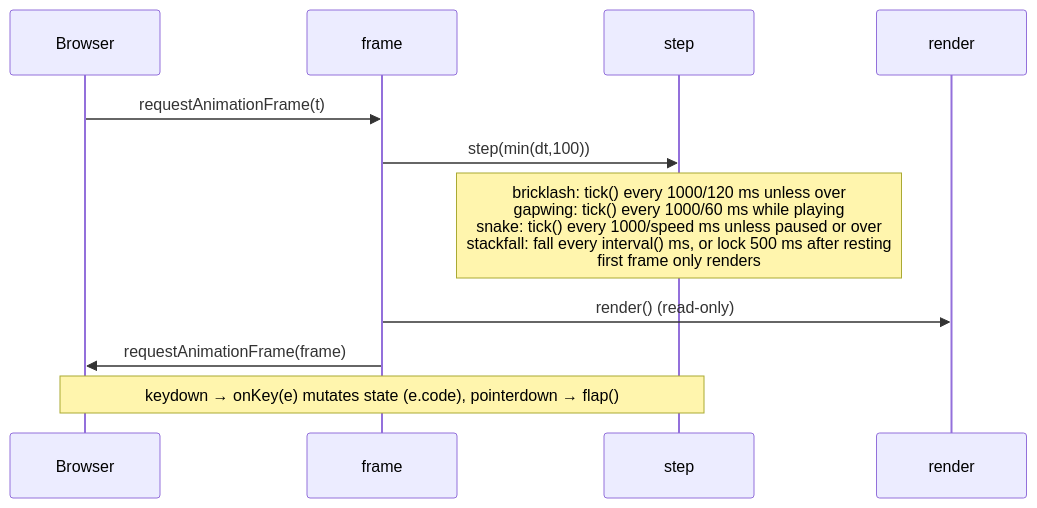
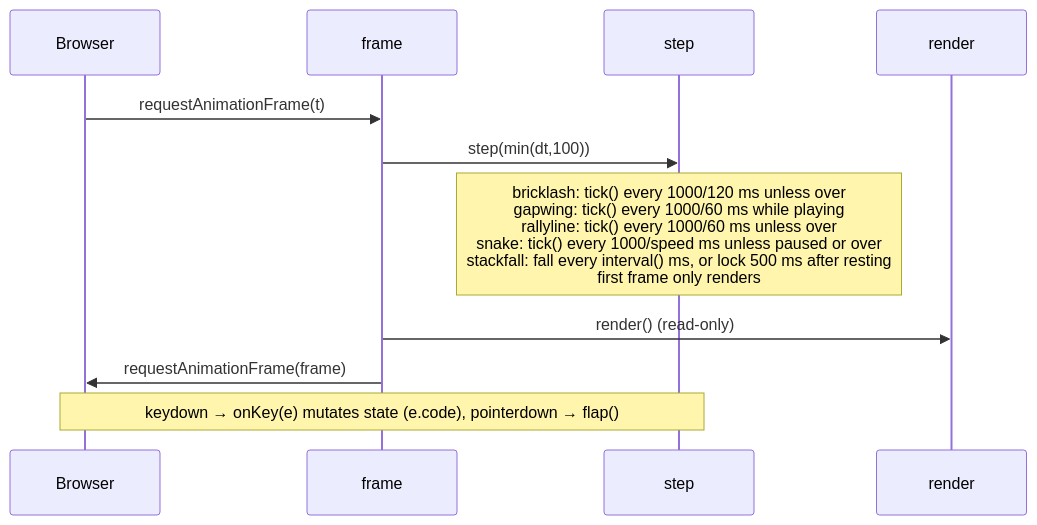
One commit to KPharcos/retro-games changed the second of 3 diagrams in docs/CODEBASE_MAP.md. Above: the diagram before and after it, drawn with Mermaid. The commit also changed other lines of this file and 5 other files, not shown here.

````diff
--- a/docs/CODEBASE_MAP.md
+++ b/docs/CODEBASE_MAP.md
@@ -344,13 +370,13 @@
 ```mermaid
 sequenceDiagram
     participant Browser
     participant frame
     participant step
     participant render
     Browser->>frame: requestAnimationFrame(t)
     frame->>step: step(min(dt,100))
-    Note over step: bricklash: tick() every 1000/120 ms unless over<br/>gapwing: tick() every 1000/60 ms while playing<br/>snake: tick() every 1000/speed ms unless paused or over<br/>stackfall: fall every interval() ms, or lock 500 ms after resting<br/>first frame only renders
+    Note over step: bricklash: tick() every 1000/120 ms unless over<br/>gapwing: tick() every 1000/60 ms while playing<br/>rallyline: tick() every 1000/60 ms unless over<br/>snake: tick() every 1000/speed ms unless paused or over<br/>stackfall: fall every interval() ms, or lock 500 ms after resting<br/>first frame only renders
     frame->>render: render() (read-only)
     frame->>Browser: requestAnimationFrame(frame)
     Note over Browser,step: keydown → onKey(e) mutates state (e.code), pointerdown → flap()
 ```
````
